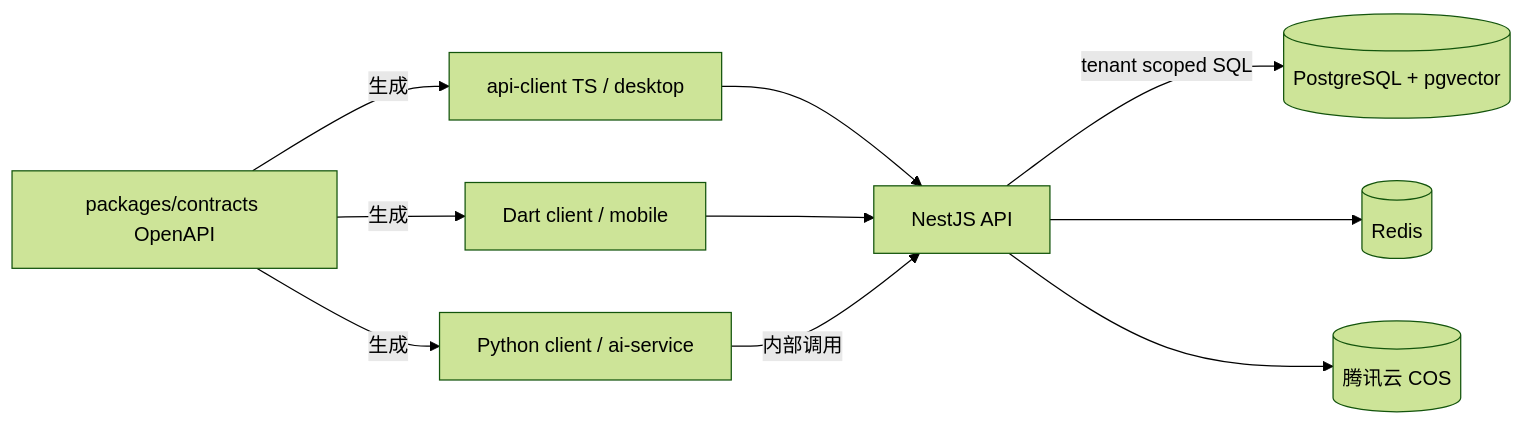
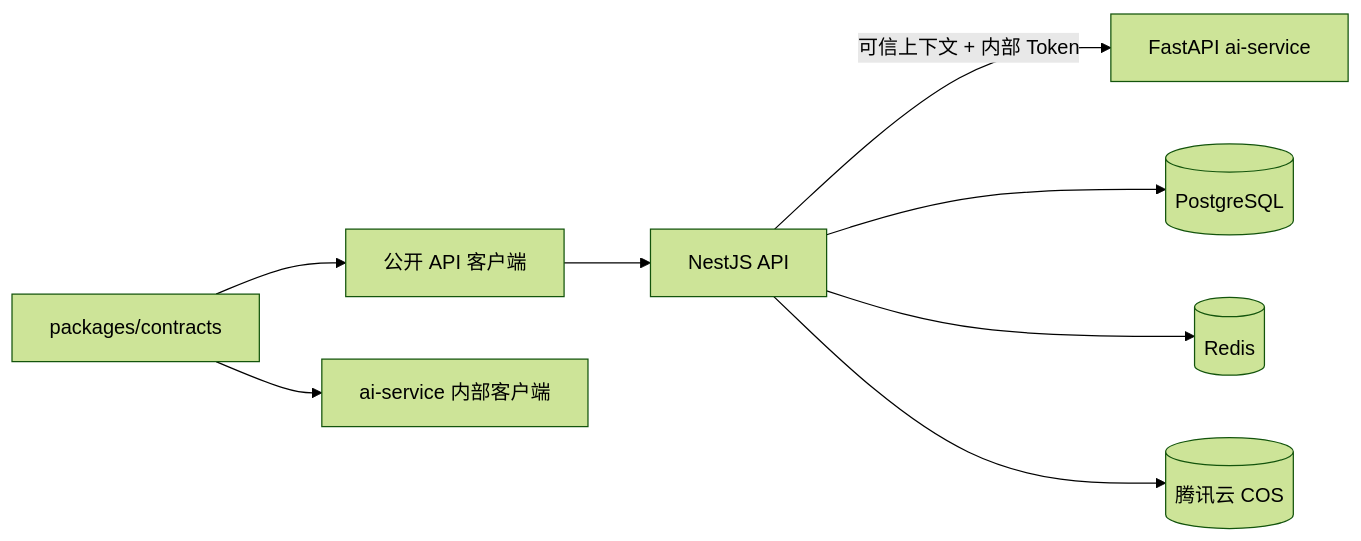
One commit to tubalong/cees_ai changed the diagram in docs/architecture/overview.md. Above: the diagram before and after it, drawn with Mermaid (forest theme). The commit also changed other lines of this file and 106 other files, not shown here.

````diff
--- a/docs/architecture/overview.md
+++ b/docs/architecture/overview.md
@@ -49,13 +34,11 @@
 ```mermaid
 flowchart LR
-  C[packages/contracts OpenAPI]
-  C -->|生成| TS[api-client TS / desktop]
-  C -->|生成| D[Dart client / mobile]
-  C -->|生成| P[Python client / ai-service]
-  TS --> A[NestJS API]
-  D --> A
-  P -->|内部调用| A
-  A -->|tenant scoped SQL| PG[(PostgreSQL + pgvector)]
+  C[packages/contracts]
+  C --> P[公开 API 客户端]
+  C --> I[ai-service 内部客户端]
+  P --> A[NestJS API]
+  A -->|可信上下文 + 内部 Token| F[FastAPI ai-service]
+  A --> PG[(PostgreSQL)]
   A --> R[(Redis)]
   A --> S[(腾讯云 COS)]
 ```
````
